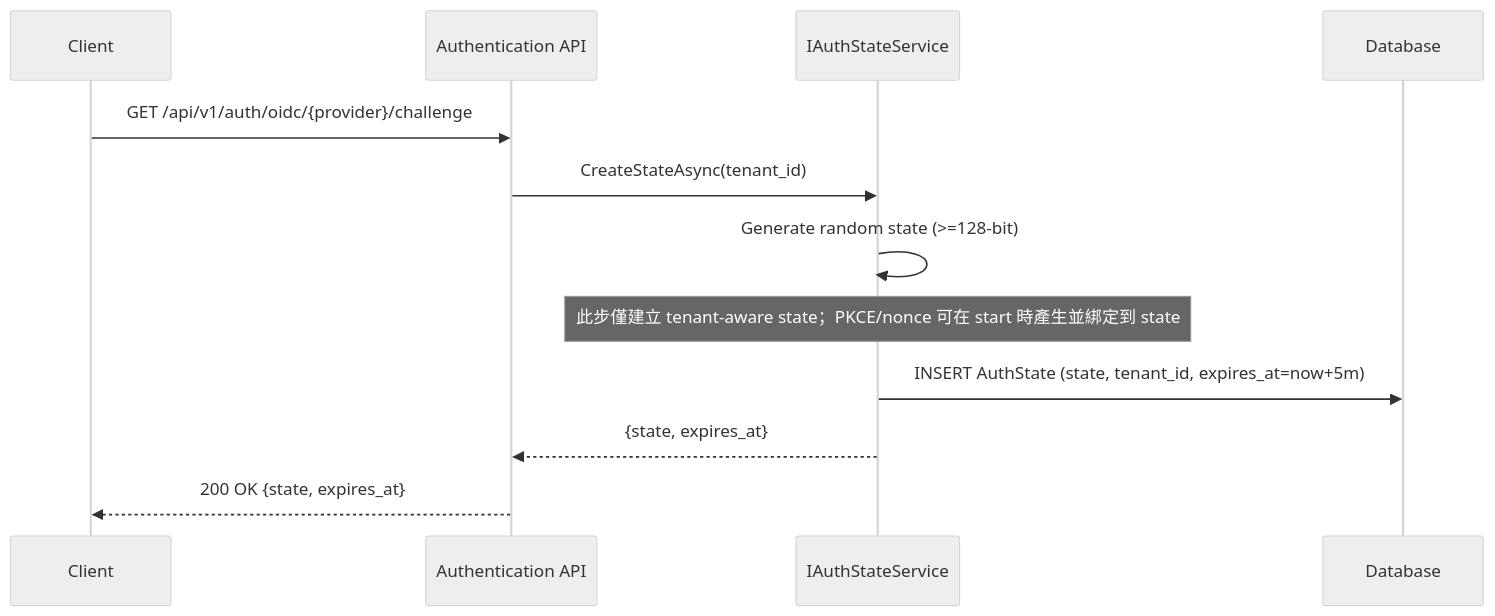
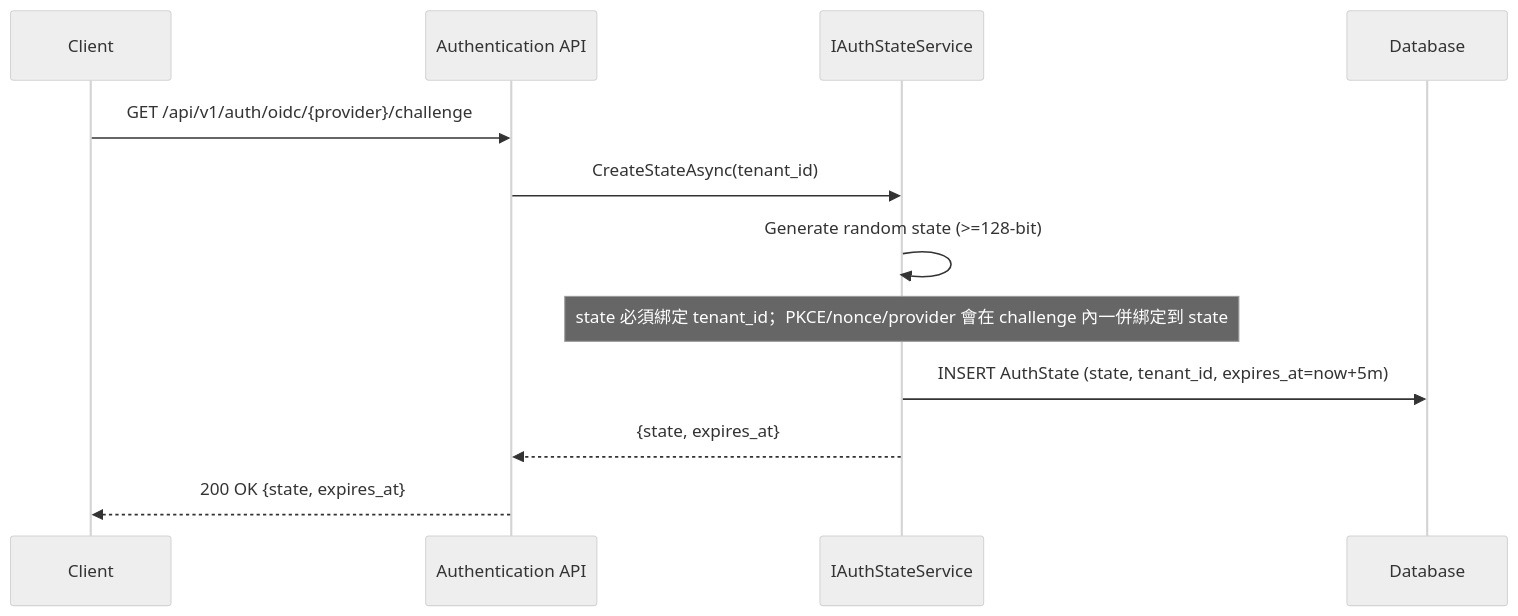
Before and after one commit to Bird73/Service: the second of 12 diagrams in docs/SequenceDiagrams.md, drawn with Mermaid (neutral theme). The commit also changed other lines of this file and 3 other files, not shown here.

````diff
--- a/docs/SequenceDiagrams.md
+++ b/docs/SequenceDiagrams.md
@@ -56,15 +56,15 @@
 ```mermaid
 sequenceDiagram
     participant C as Client
     participant API as Authentication API
     participant SS as IAuthStateService
     participant DB as Database
 
     C->>API: GET /api/v1/auth/oidc/{provider}/challenge
     API->>SS: CreateStateAsync(tenant_id)
     SS->>SS: Generate random state (>=128-bit)
-    note over SS: 此步僅建立 tenant-aware state；PKCE/nonce 可在 start 時產生並綁定到 state
+    note over SS: state 必須綁定 tenant_id；PKCE/nonce/provider 會在 challenge 內一併綁定到 state
     SS->>DB: INSERT AuthState (state, tenant_id, expires_at=now+5m)
     SS-->>API: {state, expires_at}
     API-->>C: 200 OK {state, expires_at}
 ```
````
